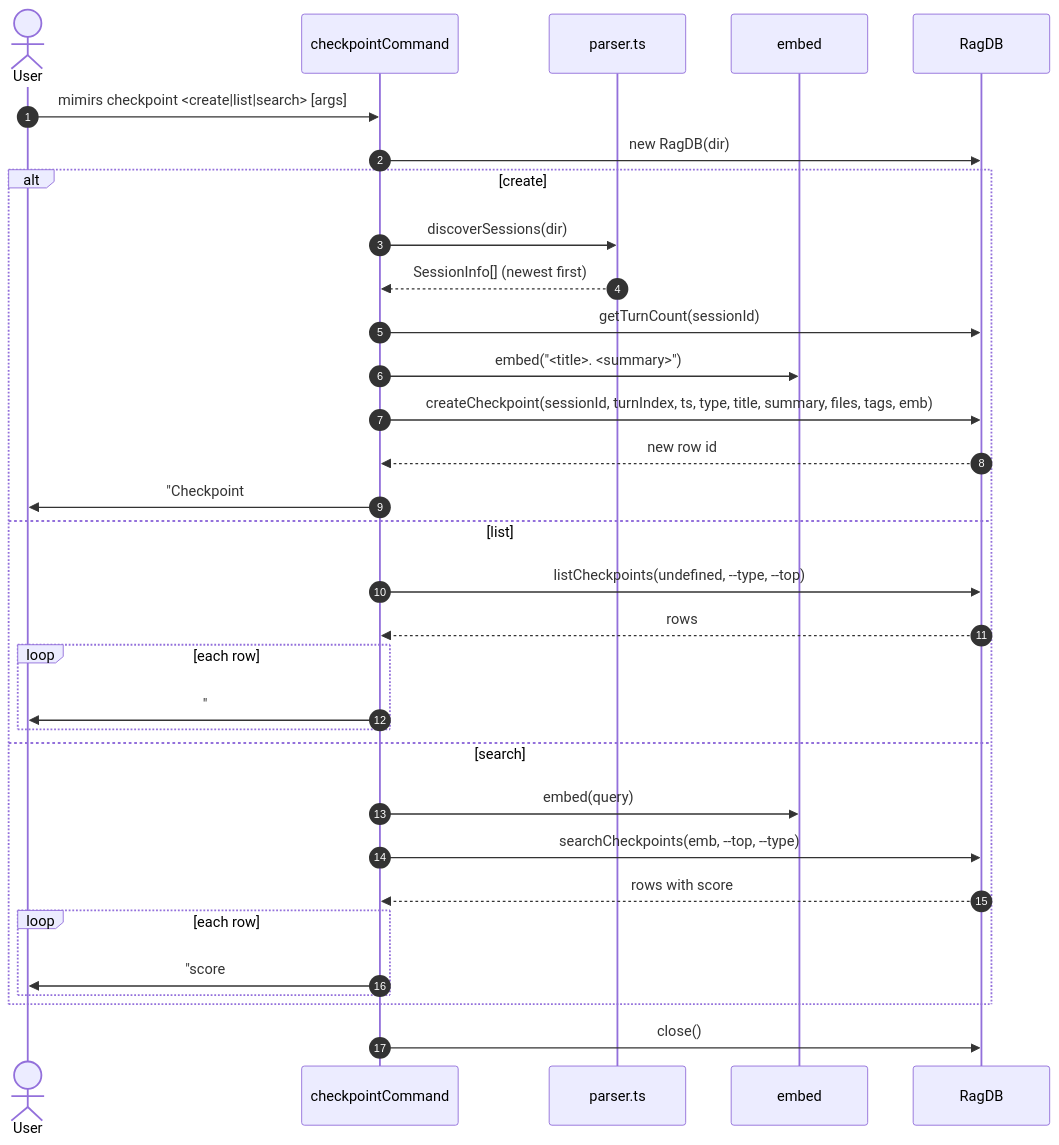
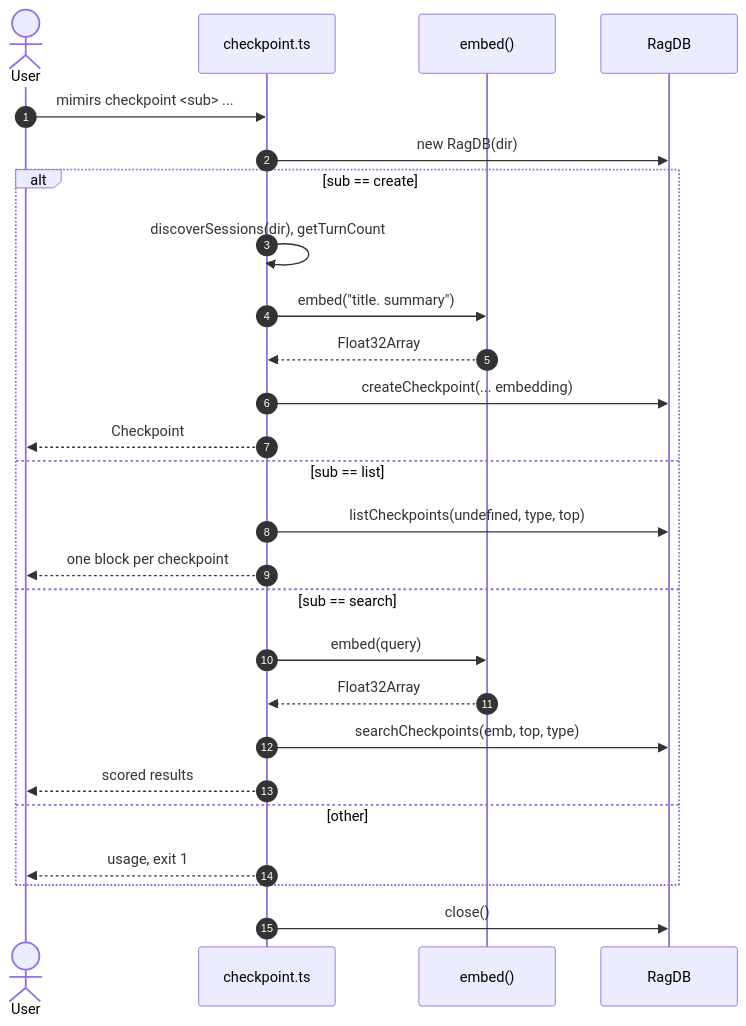
Before and after one commit to TheWinci/mimirs: the diagram in wiki/cli/checkpoint.md, drawn with Mermaid. The commit also changed other lines of this file and 52 other files, not shown here.

````diff
--- a/wiki/cli/checkpoint.md
+++ b/wiki/cli/checkpoint.md
@@ -17,34 +28,28 @@
 ```mermaid
 sequenceDiagram
     autonumber
     actor User
-    participant CLI as checkpointCommand
-    participant Parser as parser.ts
-    participant Embed as embed
+    participant CLI as checkpoint.ts
+    participant Embed as embed()
     participant DB as RagDB
-    User->>CLI: mimirs checkpoint <create|list|search> [args]
+    User->>CLI: mimirs checkpoint <sub> ...
     CLI->>DB: new RagDB(dir)
-    alt create
-        CLI->>Parser: discoverSessions(dir)
-        Parser-->>CLI: SessionInfo[] (newest first)
-        CLI->>DB: getTurnCount(sessionId)
-        CLI->>Embed: embed("<title>. <summary>")
-        CLI->>DB: createCheckpoint(sessionId, turnIndex, ts, type, title, summary, files, tags, emb)
-        DB-->>CLI: new row id
-        CLI->>User: "Checkpoint #id created: [type] title"
-    else list
-        CLI->>DB: listCheckpoints(undefined, --type, --top)
-        DB-->>CLI: rows
-        loop each row
-            CLI->>User: "#id [type] title [tags]\n  ts (turn N)\n  summary\n  Files: ..."
-        end
-    else search
+    alt sub == create
+        CLI->>CLI: discoverSessions(dir), getTurnCount
+        CLI->>Embed: embed("title. summary")
+        Embed-->>CLI: Float32Array
+        CLI->>DB: createCheckpoint(... embedding)
+        CLI-->>User: Checkpoint #id created
+    else sub == list
+        CLI->>DB: listCheckpoints(undefined, type, top)
+        CLI-->>User: one block per checkpoint
+    else sub == search
         CLI->>Embed: embed(query)
-        CLI->>DB: searchCheckpoints(emb, --top, --type)
-        DB-->>CLI: rows with score
-        loop each row
-            CLI->>User: "score  #id [type] title\n  summary\n  Files: ..."
-        end
+        Embed-->>CLI: Float32Array
+        CLI->>DB: searchCheckpoints(emb, top, type)
+        CLI-->>User: scored results
+    else other
+        CLI-->>User: usage, exit 1
     end
     CLI->>DB: close()
 ```
````
